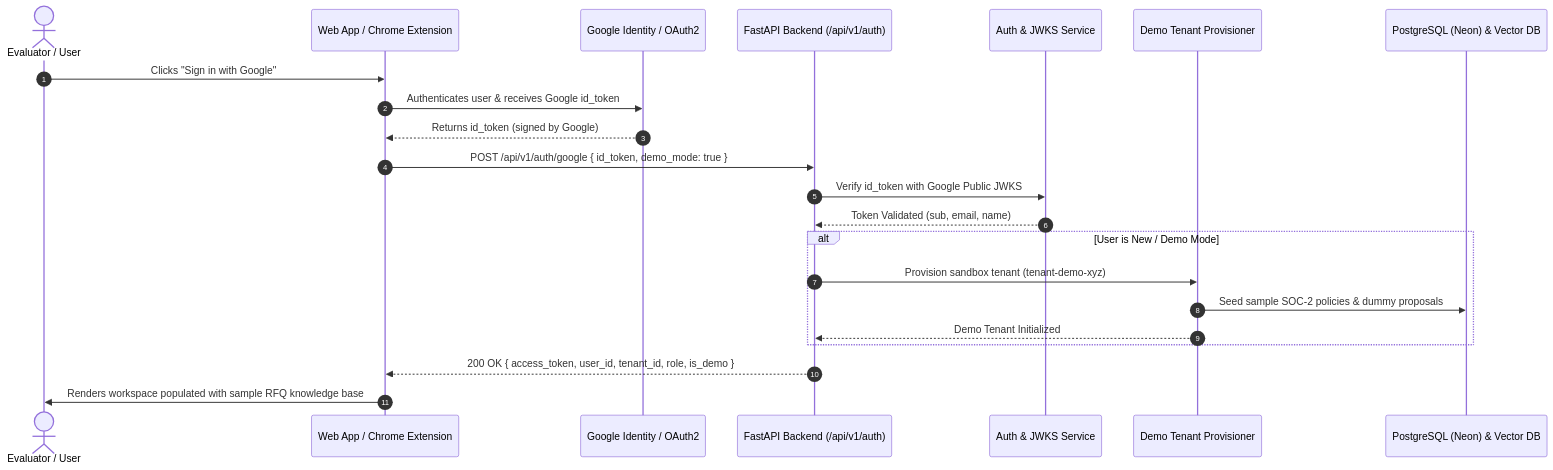
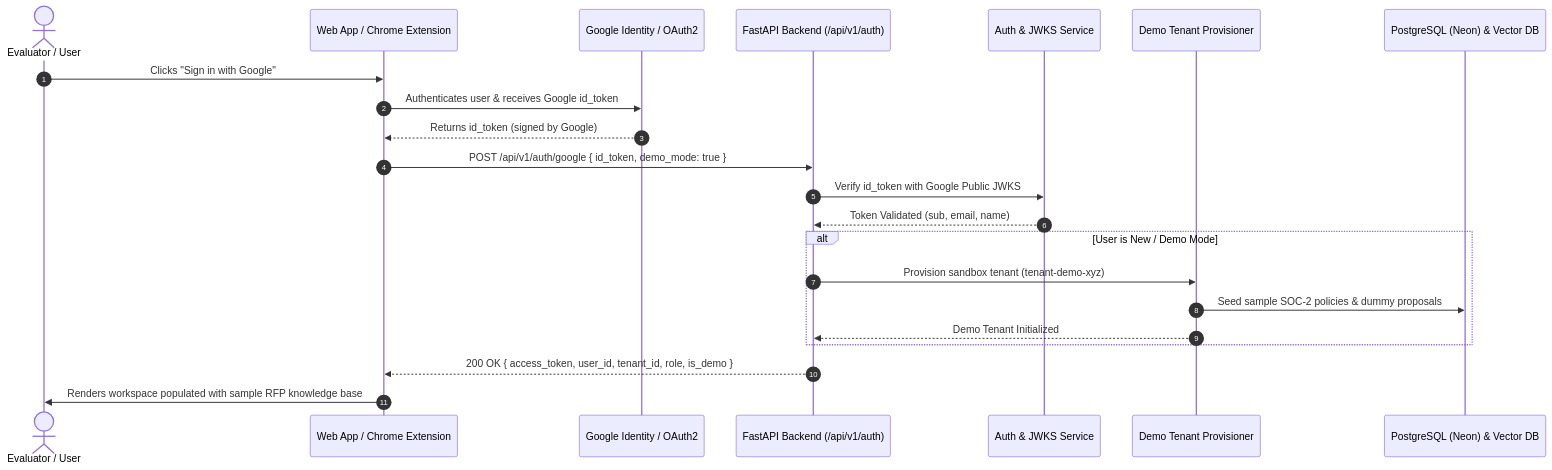
One commit to dipeshsingh2012/rfpengine changed the diagram in docs/design/0001-google-signin-and-demo-tenant-provisioning.md. Above: the diagram before and after it, drawn with Mermaid. The commit also changed other lines of this file and 11 other files, not shown here.

````diff
--- a/docs/design/0001-google-signin-and-demo-tenant-provisioning.md
+++ b/docs/design/0001-google-signin-and-demo-tenant-provisioning.md
@@ -25,27 +25,27 @@
 ```mermaid
 sequenceDiagram
     autonumber
     actor User as Evaluator / User
     participant App as Web App / Chrome Extension
     participant Google as Google Identity / OAuth2
     participant API as FastAPI Backend (/api/v1/auth)
     participant Auth as Auth & JWKS Service
     participant Seed as Demo Tenant Provisioner
     participant DB as PostgreSQL (Neon) & Vector DB
 
     User->>App: Clicks "Sign in with Google"
     App->>Google: Authenticates user & receives Google id_token
     Google-->>App: Returns id_token (signed by Google)
     App->>API: POST /api/v1/auth/google { id_token, demo_mode: true }
     API->>Auth: Verify id_token with Google Public JWKS
     Auth-->>API: Token Validated (sub, email, name)
     
     alt User is New / Demo Mode
         API->>Seed: Provision sandbox tenant (tenant-demo-xyz)
         Seed->>DB: Seed sample SOC-2 policies & dummy proposals
         Seed-->>API: Demo Tenant Initialized
     end
 
     API-->>App: 200 OK { access_token, user_id, tenant_id, role, is_demo }
-    App->>User: Renders workspace populated with sample RFQ knowledge base
+    App->>User: Renders workspace populated with sample RFP knowledge base
 ```
````
